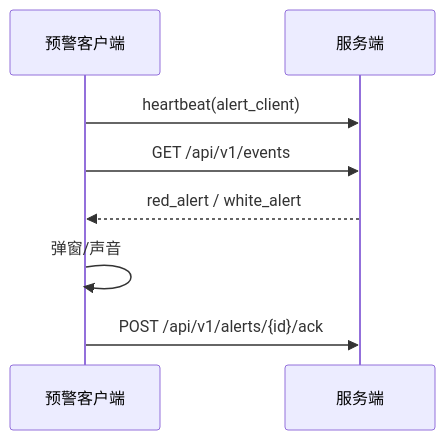
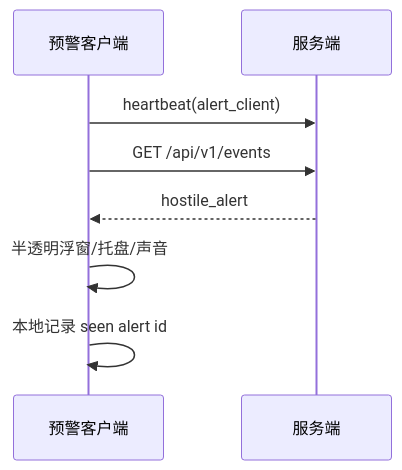
One commit to xiaqijun/eve-sentry changed the seventh of 7 diagrams in docs/intel-workflows.md. Above: the diagram before and after it, drawn with Mermaid. The commit also changed other lines of this file and 9 other files, not shown here.

````diff
--- a/docs/intel-workflows.md
+++ b/docs/intel-workflows.md
@@ -190,11 +197,11 @@
 ```mermaid
 sequenceDiagram
   participant A as 预警客户端
   participant S as 服务端
 
   A->>S: heartbeat(alert_client)
   A->>S: GET /api/v1/events
-  S-->>A: red_alert / white_alert
-  A->>A: 弹窗/声音
-  A->>S: POST /api/v1/alerts/{id}/ack
+  S-->>A: hostile_alert
+  A->>A: 半透明浮窗/托盘/声音
+  A->>A: 本地记录 seen alert id
 ```
````
